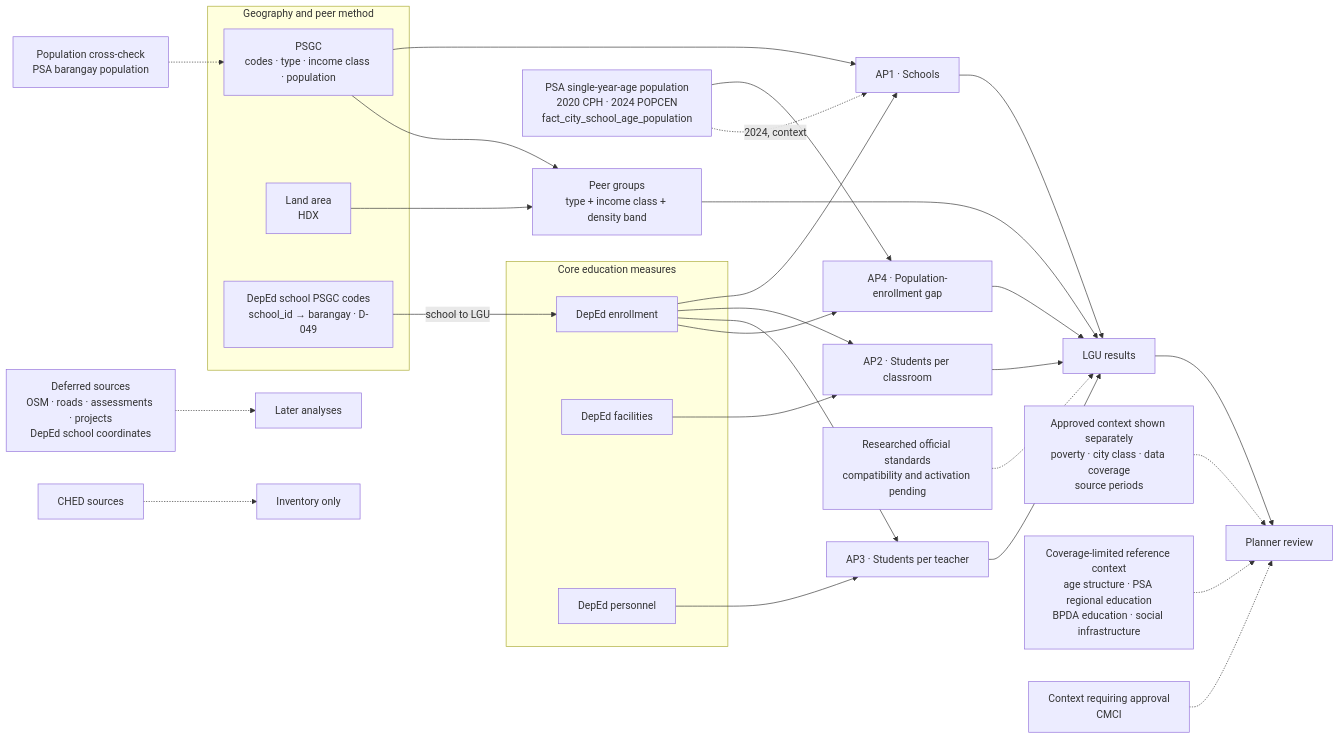
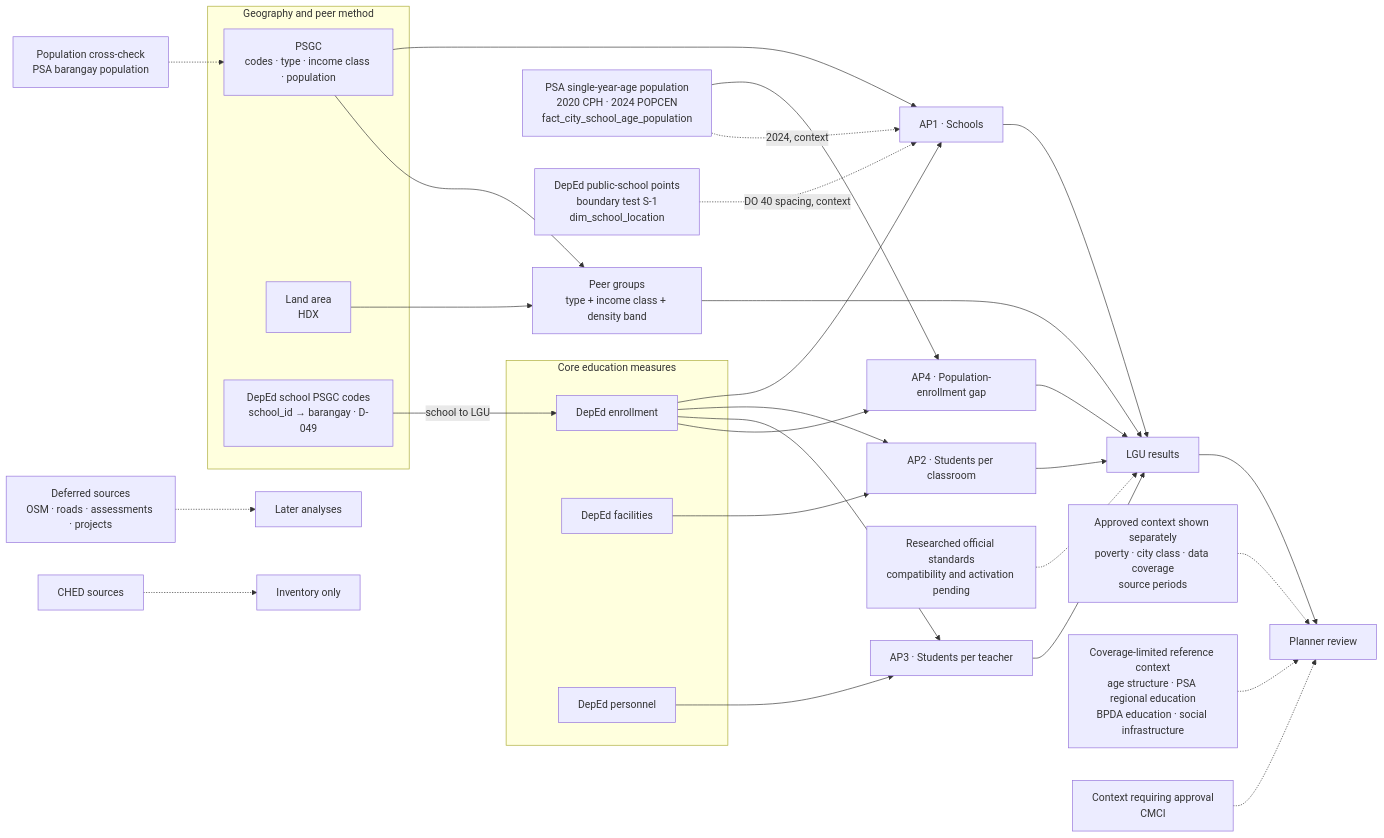
One commit to reached-hq/edu-access-intelligence changed the diagram in docs/business/dataset-use-map.md. Above: the diagram before and after it, drawn with Mermaid. The commit also changed other lines of this file and 24 other files, not shown here.

First line of the commit message:
Screen AP1 against DepEd Order 40's school-presence and spacing criteria (D-061)

````diff
--- a/docs/business/dataset-use-map.md
+++ b/docs/business/dataset-use-map.md
@@ -21,42 +21,43 @@
 ```mermaid
 flowchart LR
     subgraph CORE["Core education measures"]
         ENR["DepEd enrollment"]
         FAC["DepEd facilities"]
         PER["DepEd personnel"]
     end
 
     subgraph METHOD["Geography and peer method"]
     PSGC["PSGC<br/>codes · type · income class · population"]
     AREA["Land area<br/>HDX"]
     XWALK["DepEd school PSGC codes<br/>school_id → barangay · D-049"]
     end
 
     XWALK -->|"school to LGU"| ENR
     ENR --> AP1["AP1 · Schools"]
     PSGC --> AP1
     ENR --> AP2["AP2 · Students per classroom"]
     FAC --> AP2
     ENR --> AP3["AP3 · Students per teacher"]
     PER --> AP3
     ENR --> AP4["AP4 · Population-enrollment gap"]
     AGE["PSA single-year-age population<br/>2020 CPH · 2024 POPCEN<br/>fact_city_school_age_population"] --> AP4
     AGE -.->|2024, context| AP1
+    COORD["DepEd public-school points<br/>boundary test S-1<br/>dim_school_location"] -.->|"DO 40 spacing, context"| AP1
 
     PSGC --> PEERS["Peer groups<br/>type + income class + density band"]
     AREA --> PEERS
     AP1 --> RESULT["LGU results"]
     AP2 --> RESULT
     AP3 --> RESULT
     AP4 --> RESULT
     PEERS --> RESULT
     STANDARD["Researched official standards<br/>compatibility and activation pending"] -.-> RESULT
 
     CONTEXT["Approved context shown separately<br/>poverty · city class · data coverage<br/>source periods"] -.-> DASH["Planner review"]
     LIMITED["Coverage-limited reference context<br/>age structure · PSA regional education<br/>BPDA education · social infrastructure"] -.-> DASH
     CANDIDATE["Context requiring approval<br/>CMCI"] -.-> DASH
     POPCHECK["Population cross-check<br/>PSA barangay population"] -.-> PSGC
     RESULT --> DASH
-    DEFER["Deferred sources<br/>OSM · roads · assessments · projects<br/>DepEd school coordinates"] -.-> LATER["Later analyses"]
+    DEFER["Deferred sources<br/>OSM · roads · assessments · projects"] -.-> LATER["Later analyses"]
     EXCLUDED["CHED sources"] -.-> RECORD["Inventory only"]
 ```
````
